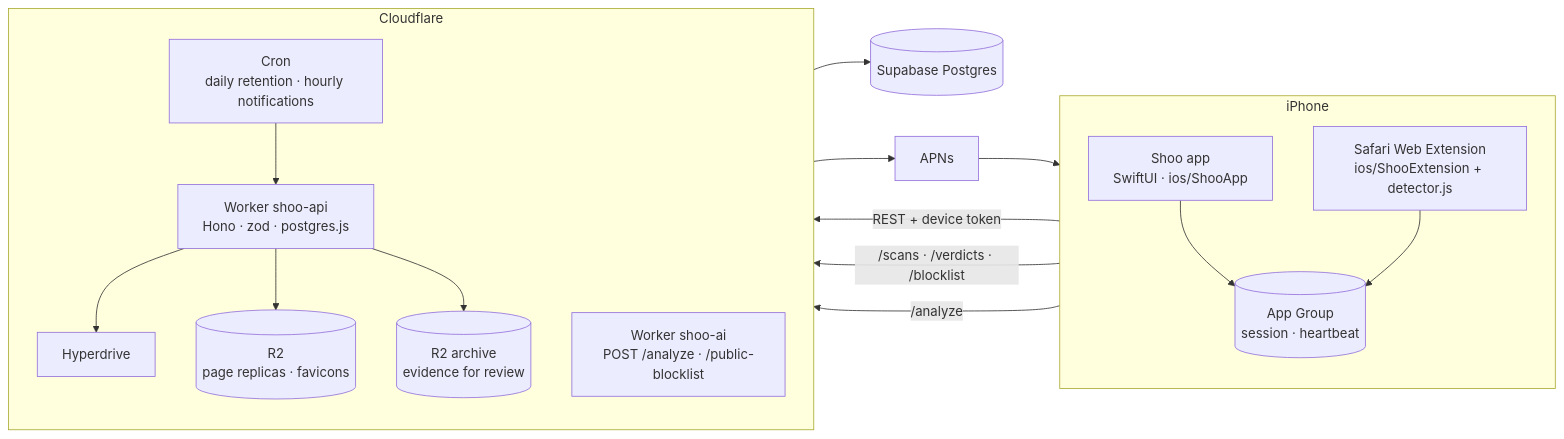
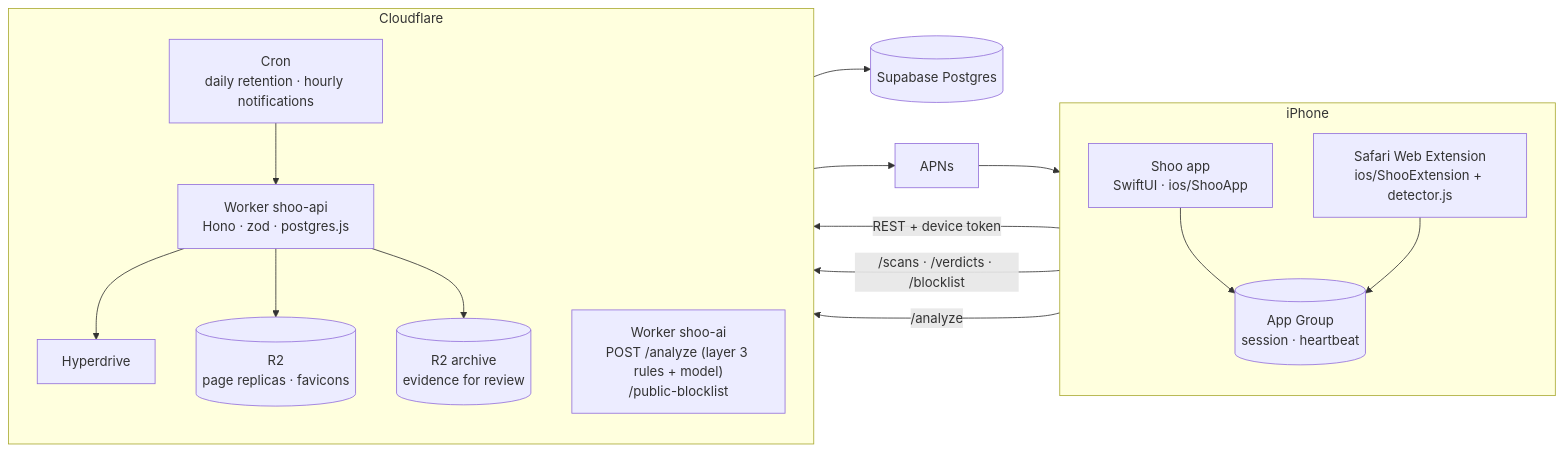
Before and after one commit to umarmuhdhor/Final-CH7: the third of 3 diagrams in README.md, drawn with Mermaid. The commit also changed other lines of this file and 11 other files, not shown here.

````diff
--- a/README.md
+++ b/README.md
@@ -160,33 +171,33 @@
 ```mermaid
 flowchart LR
   subgraph Phone["iPhone"]
     direction TB
     APP["Shoo app<br/>SwiftUI · ios/ShooApp"]
     EXT["Safari Web Extension<br/>ios/ShooExtension + detector.js"]
     AG[("App Group<br/>session · heartbeat")]
     APP --> AG
     EXT --> AG
   end
 
   subgraph CF["Cloudflare"]
     direction TB
     API["Worker shoo-api<br/>Hono · zod · postgres.js"]
-    AI["Worker shoo-ai<br/>POST /analyze · /public-blocklist"]
+    AI["Worker shoo-ai<br/>POST /analyze (layer 3 rules + model)<br/>/public-blocklist"]
     HD["Hyperdrive"]
     R2[("R2<br/>page replicas · favicons")]
     R2A[("R2 archive<br/>evidence for review")]
     CRON["Cron<br/>daily retention · hourly notifications"]
   end
 
   PG[("Supabase Postgres")]
   APNS["APNs"]
 
   APP -->|"REST + device token"| API
   EXT -->|"/scans · /verdicts · /blocklist"| API
   EXT -->|"/analyze"| AI
   API --> HD --> PG
   API --> R2
   API --> R2A
   CRON --> API
   API --> APNS --> APP
 ```
````
